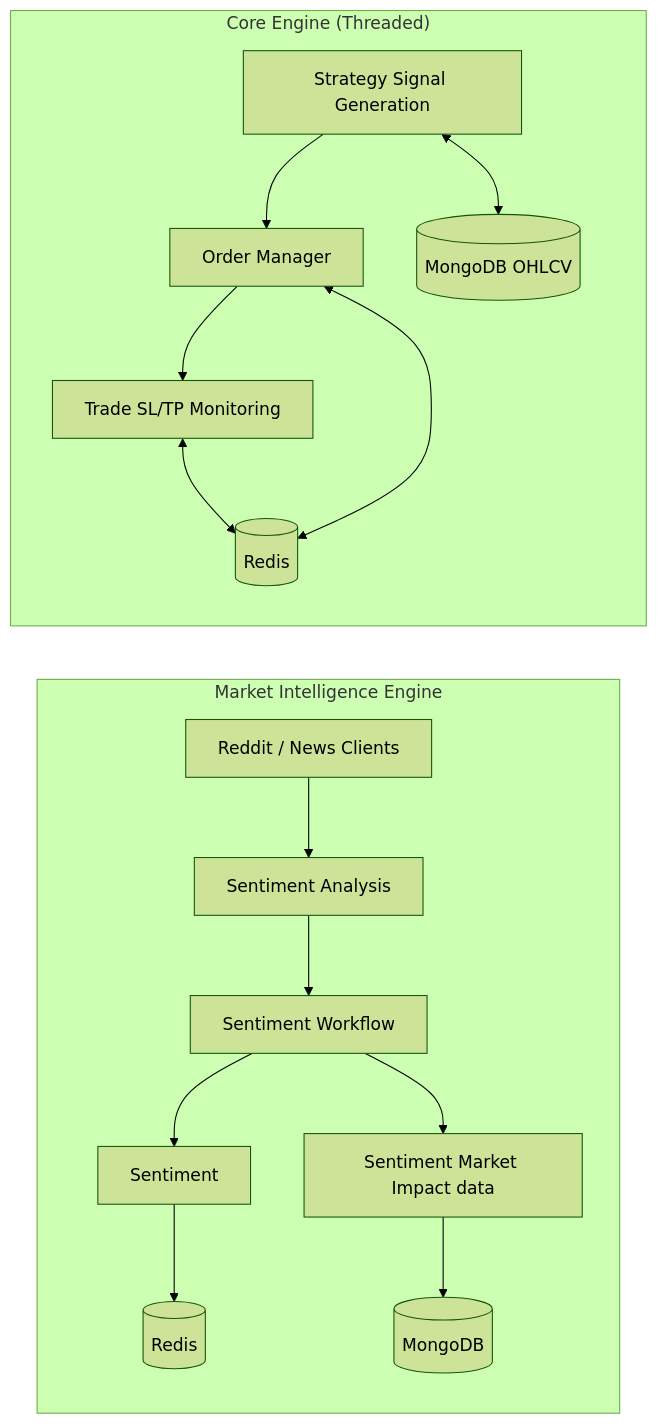
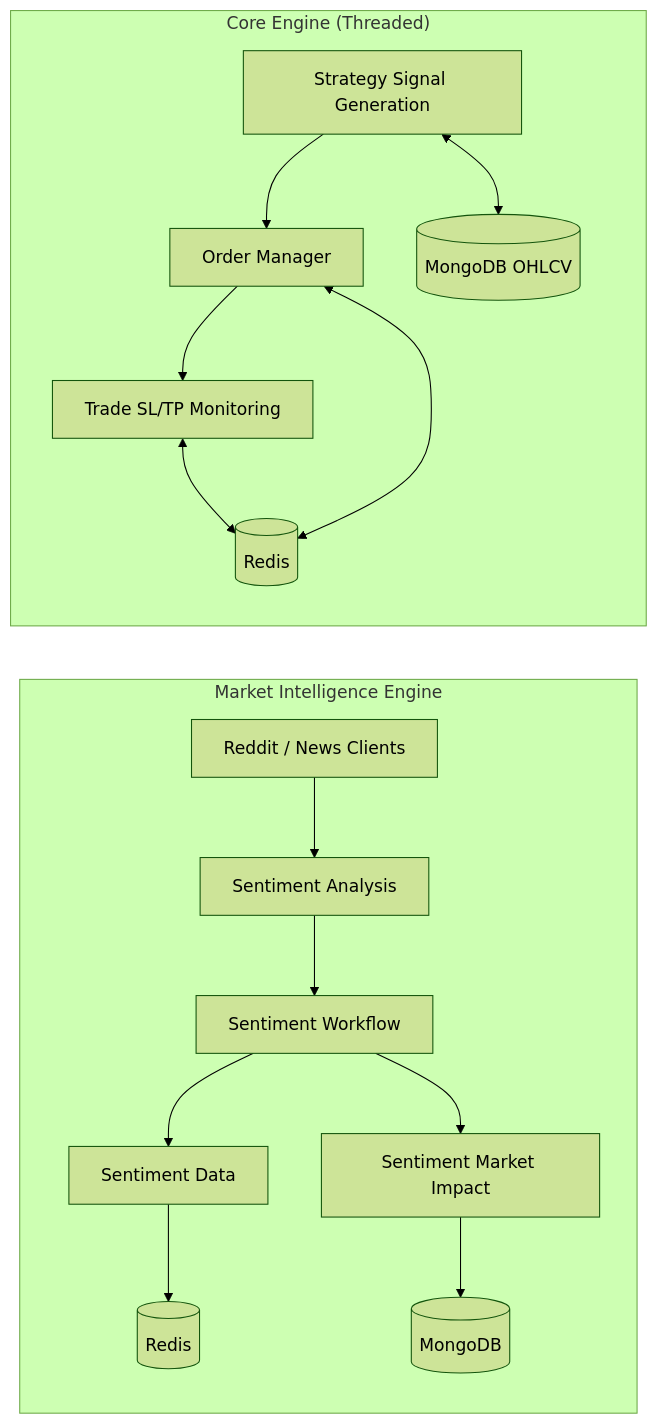
One commit to B-Lens/Orbit changed the diagram in README.md. Above: the diagram before and after it, drawn with Mermaid (forest theme). The commit also changed other lines of this file, not shown here.

````diff
--- a/README.md
+++ b/README.md
@@ -20,30 +65,26 @@
 ```mermaid
 flowchart LR
-
     subgraph AI["Market Intelligence Engine"]
         A1[Reddit / News Clients]
         A2[Sentiment Analysis]
         A3[Sentiment Workflow]
-        A4[Sentiment]
-        A5[Sentiment Market Impact data]
+        A4[Sentiment Data]
+        A5[Sentiment Market Impact]
         A6[(MongoDB)]
         A7[(Redis)]
         A1 --> A2 --> A3 --> A4 --> A7
         A3 --> A5 --> A6
     end
-
     subgraph CORE["Core Engine (Threaded)"]
         C1[Strategy Signal Generation]
         C2[Order Manager]
         C3[Trade SL/TP Monitoring]
         C4[(MongoDB OHLCV)]
         C5[(Redis)]
         C1 --> C2
         C2 --> C3
         C3 <--> C5
         C2 <--> C5
         C1 <--> C4
-
     end
-
 ```
````
